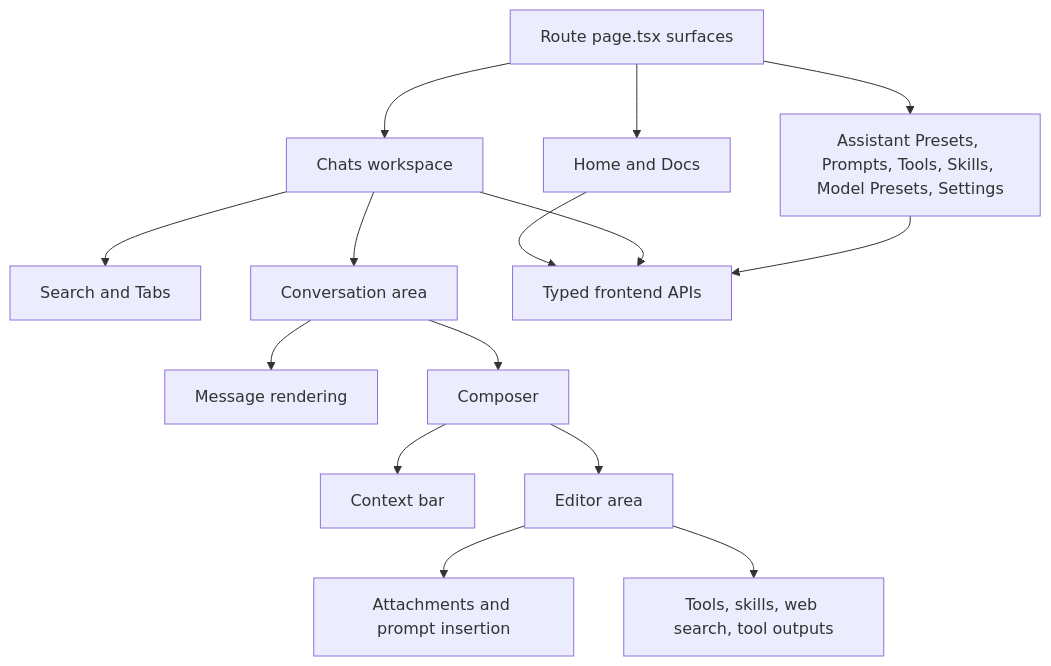
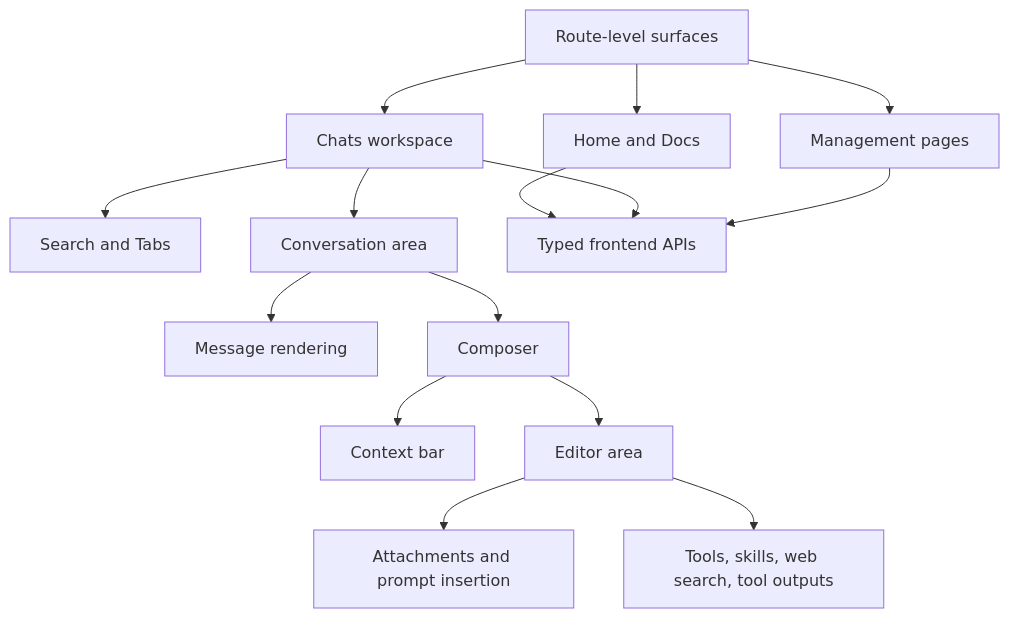
One commit to flexigpt/flexigpt-app changed the diagram in frontend/app/docs/content/12-frontend-roles-and-responsibilities.md. Above: the diagram before and after it, drawn with Mermaid. The commit also changed other lines of this file and 15 other files, not shown here.

````diff
--- a/frontend/app/docs/content/12-frontend-roles-and-responsibilities.md
+++ b/frontend/app/docs/content/12-frontend-roles-and-responsibilities.md
@@ -140,22 +136,22 @@
 ```mermaid
 flowchart TD
-    Routes[Route page.tsx surfaces]
+    Routes[Route-level surfaces]
 
     Routes --> Home[Home and Docs]
     Routes --> Chats[Chats workspace]
-    Routes --> Admin[Assistant Presets, Prompts, Tools, Skills, Model Presets, Settings]
+    Routes --> Admin[Management pages]
 
     Chats --> SearchTabs[Search and Tabs]
     Chats --> ConversationArea[Conversation area]
     ConversationArea --> Messages[Message rendering]
     ConversationArea --> Composer[Composer]
 
     Composer --> ContextBar[Context bar]
     Composer --> EditorArea[Editor area]
     EditorArea --> Attachments[Attachments and prompt insertion]
     EditorArea --> ToolSkillState[Tools, skills, web search, tool outputs]
 
     Home --> FrontendAPI[Typed frontend APIs]
     Chats --> FrontendAPI
     Admin --> FrontendAPI
 ```
````
